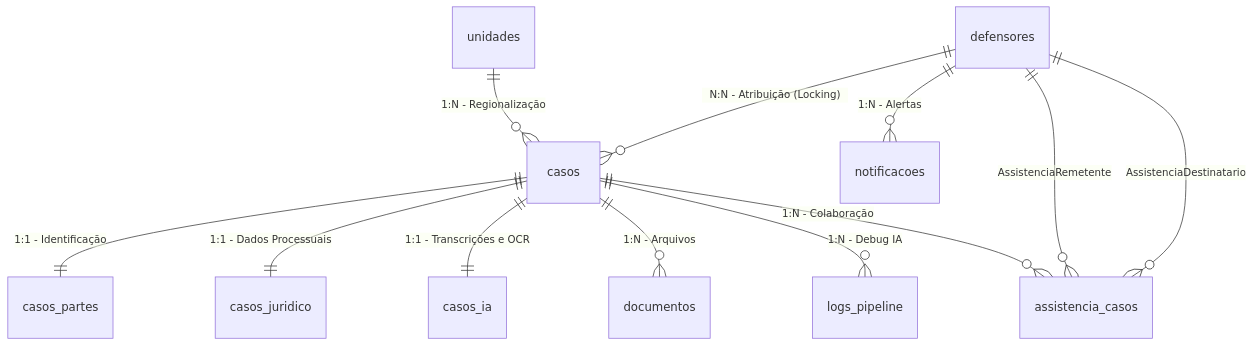
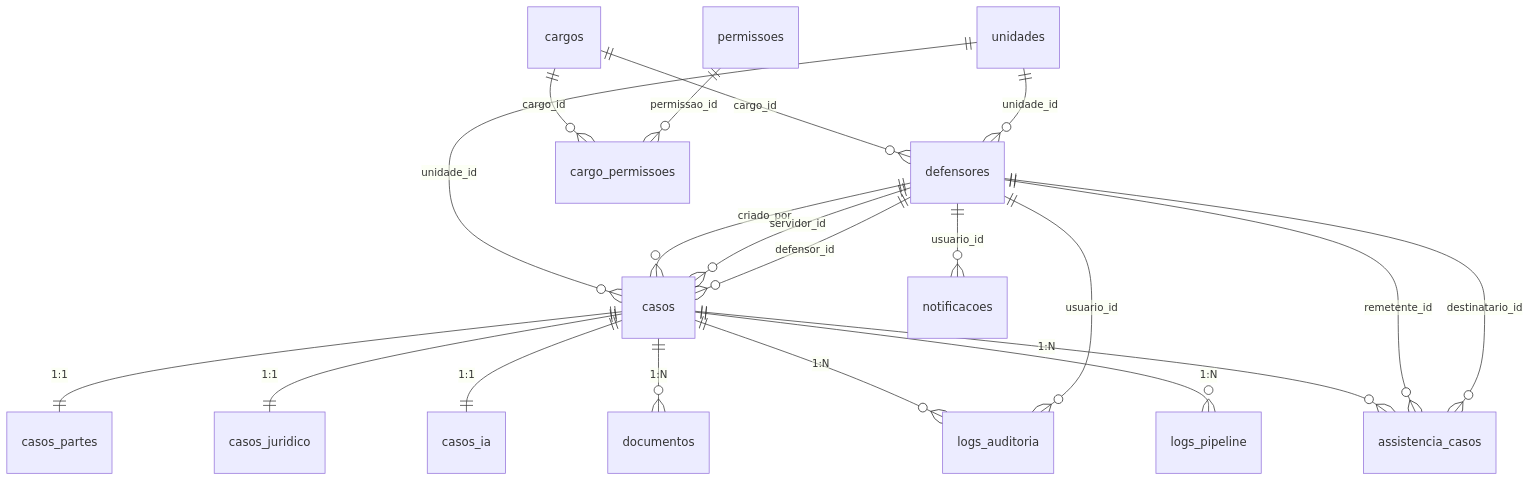
Before and after one commit to CJVW-Code/maes_acao: the diagram in arquivos/Conhecimento/01-Referencia/DATABASE_MODEL.md, drawn with Mermaid. The commit also changed other lines of this file and 20 other files, not shown here.

````diff
--- a/arquivos/Conhecimento/01-Referencia/DATABASE_MODEL.md
+++ b/arquivos/Conhecimento/01-Referencia/DATABASE_MODEL.md
@@ -22,14 +30,22 @@
 ```mermaid
 erDiagram
-    casos ||--|| casos_partes : "1:1 - Identificação"
-    casos ||--|| casos_juridico : "1:1 - Dados Processuais"
-    casos ||--|| casos_ia : "1:1 - Transcrições e OCR"
-    casos ||--o{ documentos : "1:N - Arquivos"
-    casos ||--o{ logs_pipeline : "1:N - Debug IA"
-    casos ||--o{ assistencia_casos : "1:N - Colaboração"
-    unidades ||--o{ casos : "1:N - Regionalização"
-    defensores ||--o{ casos : "N:N - Atribuição (Locking)"
-    defensores ||--o{ assistencia_casos : "AssistenciaRemetente"
-    defensores ||--o{ assistencia_casos : "AssistenciaDestinatario"
-    defensores ||--o{ notificacoes : "1:N - Alertas"
+  cargos ||--o{ defensores : "cargo_id"
+  cargos ||--o{ cargo_permissoes : "cargo_id"
+  permissoes ||--o{ cargo_permissoes : "permissao_id"
+  unidades ||--o{ defensores : "unidade_id"
+  unidades ||--o{ casos : "unidade_id"
+  defensores ||--o{ casos : "criado_por"
+  defensores ||--o{ casos : "servidor_id"
+  defensores ||--o{ casos : "defensor_id"
+  casos ||--|| casos_partes : "1:1"
+  casos ||--|| casos_juridico : "1:1"
+  casos ||--|| casos_ia : "1:1"
+  casos ||--o{ documentos : "1:N"
+  casos ||--o{ logs_auditoria : "1:N"
+  casos ||--o{ logs_pipeline : "1:N"
+  casos ||--o{ assistencia_casos : "1:N"
+  defensores ||--o{ logs_auditoria : "usuario_id"
+  defensores ||--o{ notificacoes : "usuario_id"
+  defensores ||--o{ assistencia_casos : "remetente_id"
+  defensores ||--o{ assistencia_casos : "destinatario_id"
 ```
````
